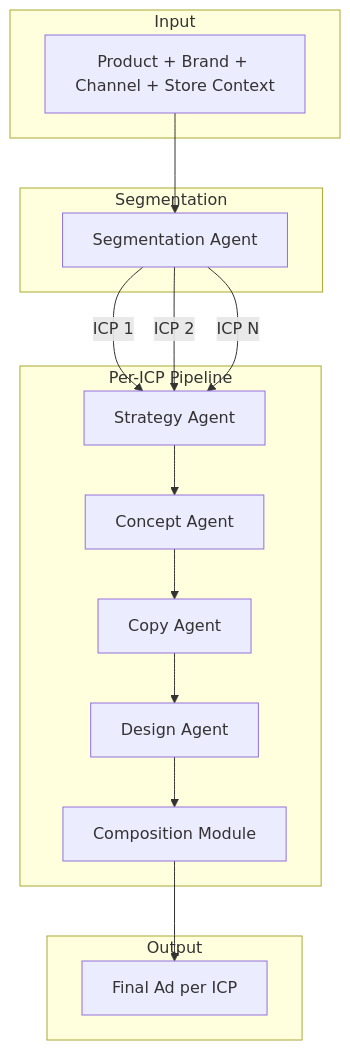
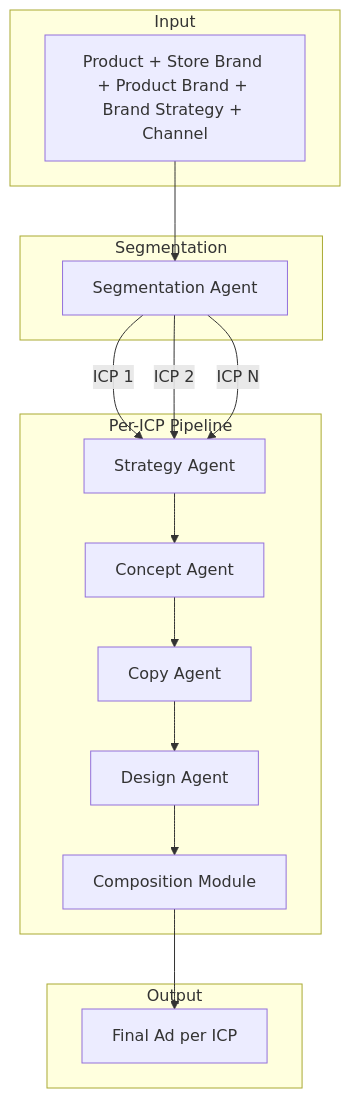
One commit to DavOstx7/poc-sartor-full-workflow changed the diagram in project_architecture.md. Above: the diagram before and after it, drawn with Mermaid. The commit also changed other lines of this file and 1 other file, not shown here.

Commit message:
update - support brand flexibility (DTC brands, retailers, marketplaces)

````diff
--- a/project_architecture.md
+++ b/project_architecture.md
@@ -376,32 +419,32 @@
 ```mermaid
 flowchart TD
     subgraph Input
-        A[Product + Brand + Channel + Store Context]
+        A[Product + Store Brand + Product Brand + Brand Strategy + Channel]
     end
     
     subgraph Segmentation
         B[Segmentation Agent]
     end
     
     subgraph Per-ICP Pipeline
         C[Strategy Agent]
         D[Concept Agent]
         E[Copy Agent]
         F[Design Agent]
         G[Composition Module]
     end
     
     subgraph Output
         H[Final Ad per ICP]
     end
     
     A --> B
     B -->|ICP 1| C
     B -->|ICP 2| C
     B -->|ICP N| C
     C --> D
     D --> E
     E --> F
     F --> G
     G --> H
 ```
````
